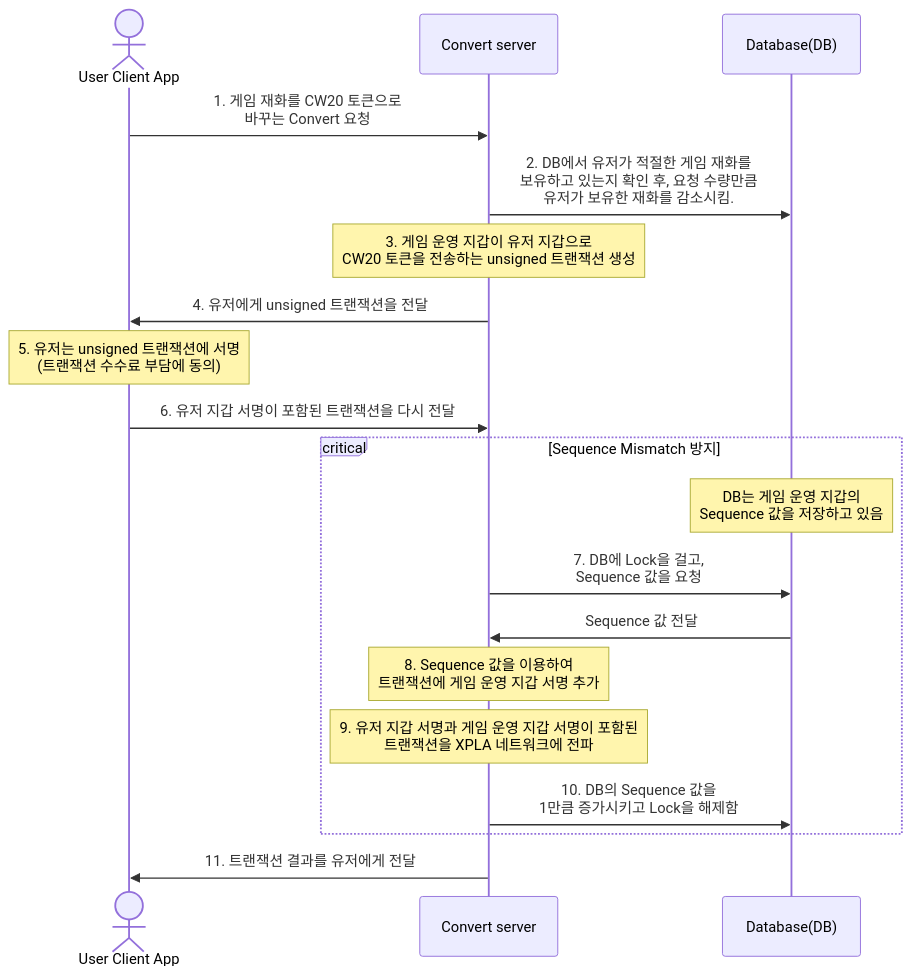
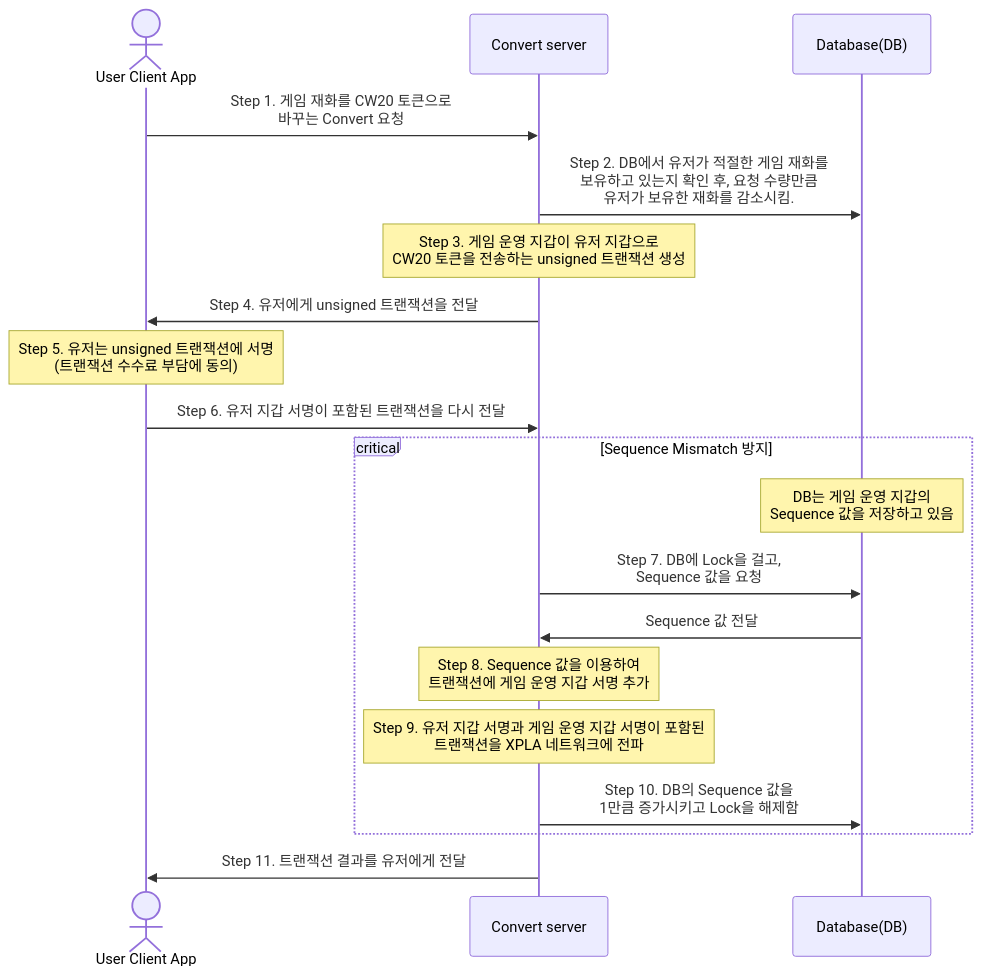
One commit to xpladev/academy changed the first of 2 diagrams in docs/3-tutorial/3-deep-understand-xpla/5-convert.mdx. Above: the diagram before and after it, drawn with Mermaid. The commit also changed other lines of this file and 1 other file, not shown here.

````diff
--- a/docs/3-tutorial/3-deep-understand-xpla/5-convert.mdx
+++ b/docs/3-tutorial/3-deep-understand-xpla/5-convert.mdx
@@ -41,21 +41,21 @@
 ```mermaid
 sequenceDiagram
     actor U as User Client App;
     participant C as Convert server;
     participant D as Database(DB);
-    U->>C: 1. 게임 재화를 CW20 토큰으로<br/> 바꾸는 Convert 요청 
-    C->>D: 2. DB에서 유저가 적절한 게임 재화를<br/> 보유하고 있는지 확인 후, 요청 수량만큼<br/> 유저가 보유한 재화를 감소시킴.
-    Note over C: 3. 게임 운영 지갑이 유저 지갑으로<br/> CW20 토큰을 전송하는 unsigned 트랜잭션 생성
-    C->>U: 4. 유저에게 unsigned 트랜잭션을 전달
-    Note over U: 5. 유저는 unsigned 트랜잭션에 서명<br/>(트랜잭션 수수료 부담에 동의)
-    U->>C: 6. 유저 지갑 서명이 포함된 트랜잭션을 다시 전달
+    U->>C: Step 1. 게임 재화를 CW20 토큰으로<br/> 바꾸는 Convert 요청 
+    C->>D: Step 2. DB에서 유저가 적절한 게임 재화를<br/> 보유하고 있는지 확인 후, 요청 수량만큼<br/> 유저가 보유한 재화를 감소시킴.
+    Note over C: Step 3. 게임 운영 지갑이 유저 지갑으로<br/> CW20 토큰을 전송하는 unsigned 트랜잭션 생성
+    C->>U: Step 4. 유저에게 unsigned 트랜잭션을 전달
+    Note over U: Step 5. 유저는 unsigned 트랜잭션에 서명<br/>(트랜잭션 수수료 부담에 동의)
+    U->>C: Step 6. 유저 지갑 서명이 포함된 트랜잭션을 다시 전달
     critical Sequence Mismatch 방지
         Note over D: DB는 게임 운영 지갑의 <br/>Sequence 값을 저장하고 있음
-        C->>D: 7. DB에 Lock을 걸고,<br/> Sequence 값을 요청
+        C->>D: Step 7. DB에 Lock을 걸고,<br/> Sequence 값을 요청
         D->>C: Sequence 값 전달
-        Note over C: 8. Sequence 값을 이용하여 <br/> 트랜잭션에 게임 운영 지갑 서명 추가
-        Note over C: 9. 유저 지갑 서명과 게임 운영 지갑 서명이 포함된 <br/>트랜잭션을 XPLA 네트워크에 전파
-        C->>D: 10. DB의 Sequence 값을<br/> 1만큼 증가시키고 Lock을 해제함
+        Note over C: Step 8. Sequence 값을 이용하여 <br/> 트랜잭션에 게임 운영 지갑 서명 추가
+        Note over C: Step 9. 유저 지갑 서명과 게임 운영 지갑 서명이 포함된 <br/>트랜잭션을 XPLA 네트워크에 전파
+        C->>D: Step 10. DB의 Sequence 값을<br/> 1만큼 증가시키고 Lock을 해제함
     end
-    C->>U: 11. 트랜잭션 결과를 유저에게 전달
+    C->>U: Step 11. 트랜잭션 결과를 유저에게 전달
 ```
````
